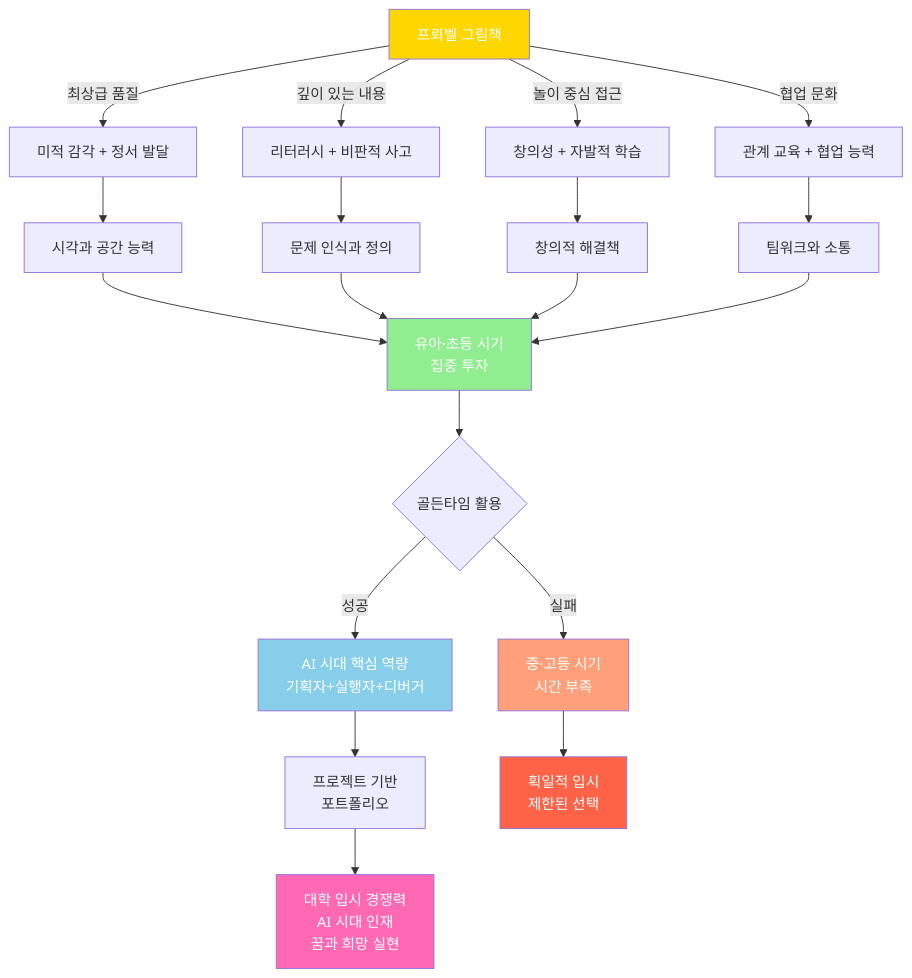
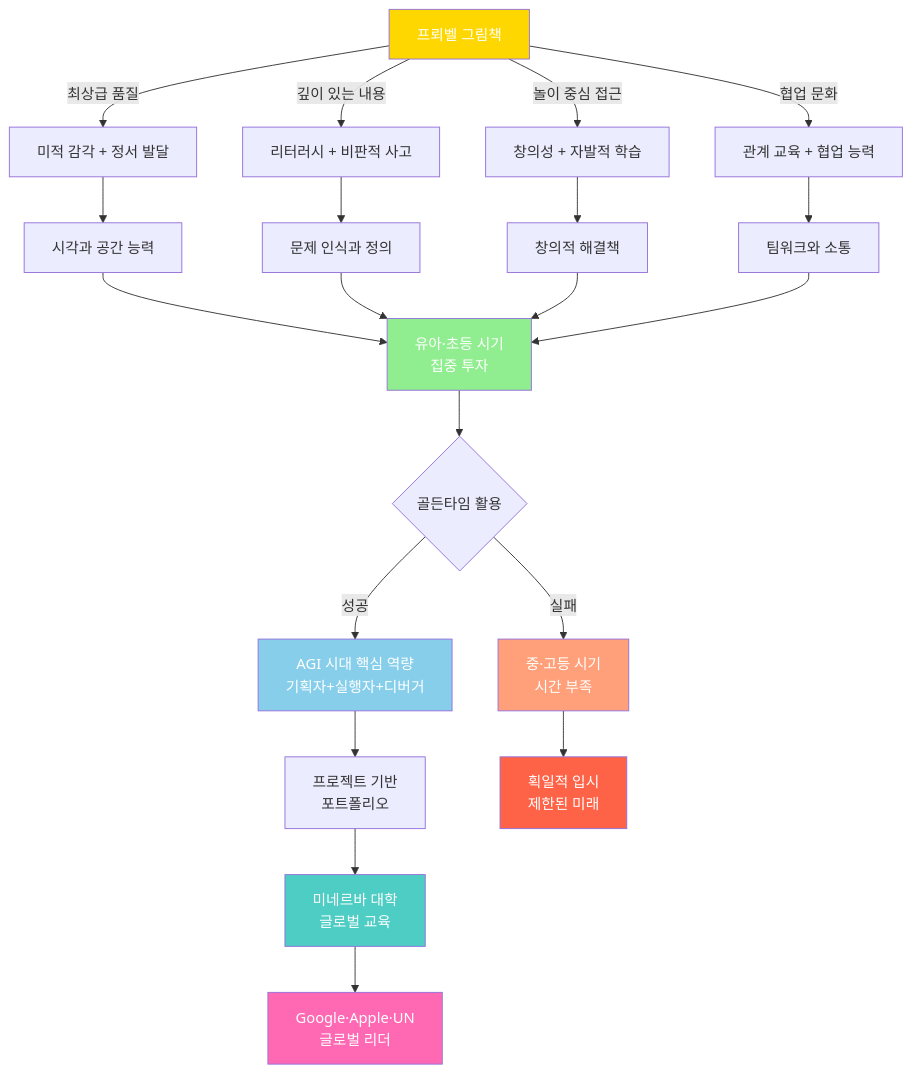
Diagram 45 of 47 in 2단계_유아초등교육커리큘럼.md (Collegenie-X/froebel), drawn with Mermaid before and after one commit. The commit also changed other lines of this file, not shown here.

````diff
--- a/2단계_유아초등교육커리큘럼.md
+++ b/2단계_유아초등교육커리큘럼.md
@@ -1654,33 +2362,35 @@
 ```mermaid
 graph TD
     A[프뢰벨 그림책] -->|최상급 품질| B[미적 감각 + 정서 발달]
     A -->|깊이 있는 내용| C[리터러시 + 비판적 사고]
     A -->|놀이 중심 접근| D[창의성 + 자발적 학습]
     A -->|협업 문화| E[관계 교육 + 협업 능력]
     
     B --> F[시각과 공간 능력]
     C --> G[문제 인식과 정의]
     D --> H[창의적 해결책]
     E --> I[팀워크와 소통]
     
     F --> J[유아·초등 시기<br/>집중 투자]
     G --> J
     H --> J
     I --> J
     
     J --> K{골든타임 활용}
     
-    K -->|성공| L[AI 시대 핵심 역량<br/>기획자+실행자+디버거]
+    K -->|성공| L[AGI 시대 핵심 역량<br/>기획자+실행자+디버거]
     K -->|실패| M[중·고등 시기<br/>시간 부족]
     
     L --> N[프로젝트 기반<br/>포트폴리오]
-    N --> O[대학 입시 경쟁력<br/>AI 시대 인재<br/>꿈과 희망 실현]
-    M --> P[획일적 입시<br/>제한된 선택]
+    N --> O[미네르바 대학<br/>글로벌 교육]
+    O --> P[Google·Apple·UN<br/>글로벌 리더]
+    M --> Q[획일적 입시<br/>제한된 미래]
     
     style A fill:#FFD700,color:#fff
     style J fill:#90EE90,color:#fff
     style L fill:#87CEEB,color:#fff
-    style O fill:#FF69B4,color:#fff
+    style O fill:#4ECDC4,color:#fff
+    style P fill:#FF69B4,color:#fff
     style M fill:#FFA07A,color:#fff
-    style P fill:#FF6347,color:#fff
+    style Q fill:#FF6347,color:#fff
 ```
````
